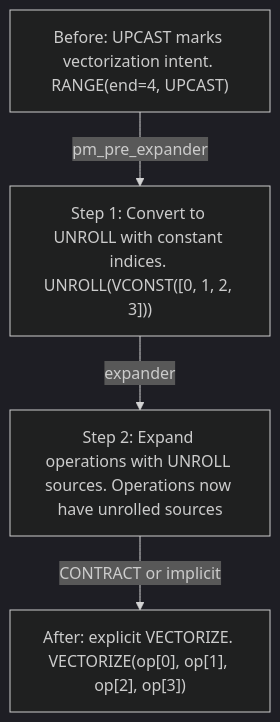
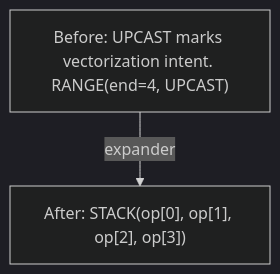
The first of 4 diagrams in website/docs/architecture/codegen/expander.md (mexus/morok), drawn with Mermaid (dark theme) before and after one commit. The commit also changed other lines of this file and 22 other files, not shown here.

Commit message:
[*] docs: describe graph-native compiler and AMD queues

````diff
--- a/website/docs/architecture/codegen/expander.md
+++ b/website/docs/architecture/codegen/expander.md
@@ -84,7 +73,5 @@
 ```mermaid
 flowchart TD
   A["Before: UPCAST marks vectorization intent. RANGE(end=4, UPCAST)"]
-  A -->|"pm_pre_expander"| B["Step 1: Convert to UNROLL with constant indices. UNROLL(VCONST([0, 1, 2, 3]))"]
-  B -->|"expander"| C["Step 2: Expand operations with UNROLL sources. Operations now have unrolled sources"]
-  C -->|"CONTRACT or implicit"| D["After: explicit VECTORIZE. VECTORIZE(op[0], op[1], op[2], op[3])"]
+  A -->|"expander"| B["After: STACK(op[0], op[1], op[2], op[3])"]
 ```
````
